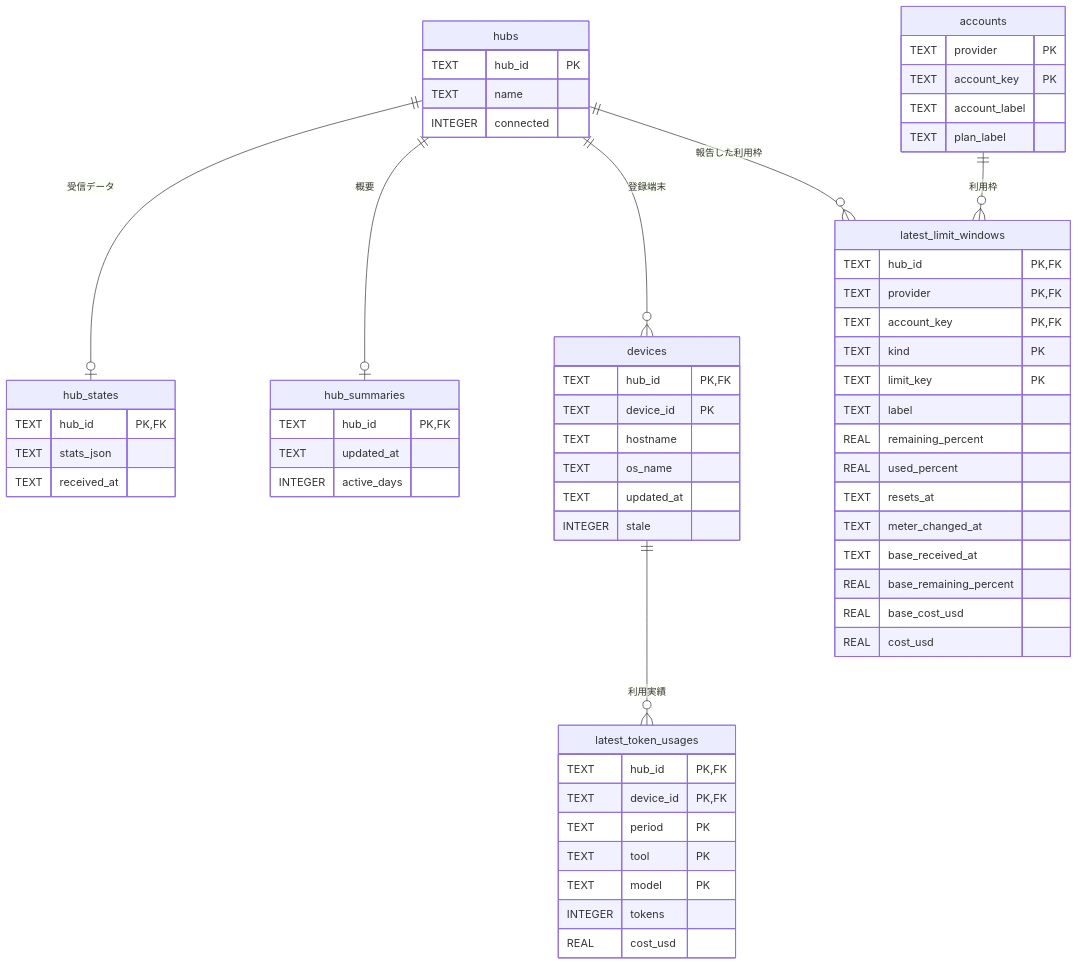
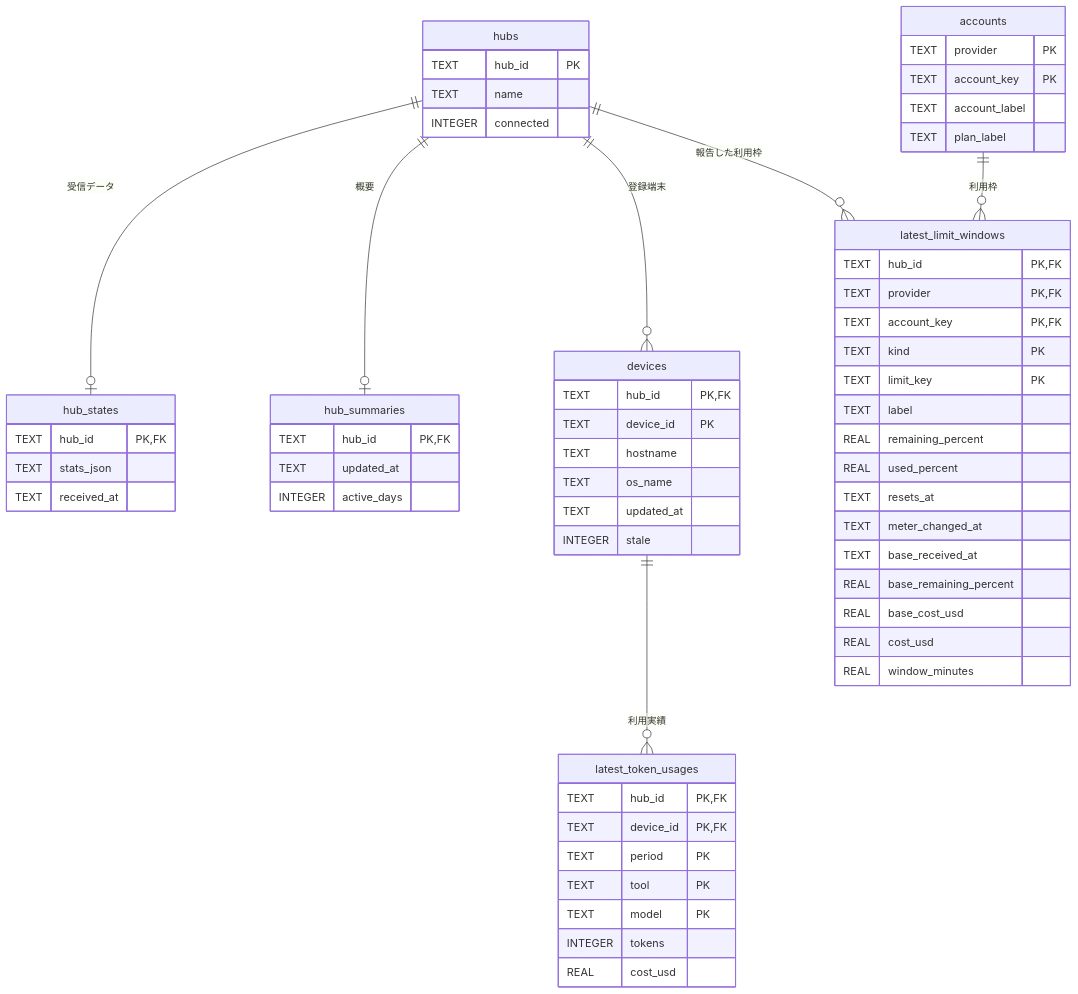
Before and after one commit to nuitsjp/multi-token-monitor: the diagram in docs/design/data.md, drawn with Mermaid. The commit also changed other lines of this file and 23 other files, not shown here.

````diff
--- a/docs/design/data.md
+++ b/docs/design/data.md
@@ -7,63 +7,64 @@
 ```mermaid
 erDiagram
   hubs ||--o| hub_states : "受信データ"
   hubs ||--o| hub_summaries : "概要"
   hubs ||--o{ devices : "登録端末"
   devices ||--o{ latest_token_usages : "利用実績"
   hubs ||--o{ latest_limit_windows : "報告した利用枠"
   accounts ||--o{ latest_limit_windows : "利用枠"
   hubs {
     TEXT hub_id PK
     TEXT name
     INTEGER connected
   }
   hub_states {
     TEXT hub_id PK,FK
     TEXT stats_json
     TEXT received_at
   }
   hub_summaries {
     TEXT hub_id PK,FK
     TEXT updated_at
     INTEGER active_days
   }
   devices {
     TEXT hub_id PK,FK
     TEXT device_id PK
     TEXT hostname
     TEXT os_name
     TEXT updated_at
     INTEGER stale
   }
   latest_token_usages {
     TEXT hub_id PK,FK
     TEXT device_id PK,FK
     TEXT period PK
     TEXT tool PK
     TEXT model PK
     INTEGER tokens
     REAL cost_usd
   }
   accounts {
     TEXT provider PK
     TEXT account_key PK
     TEXT account_label
     TEXT plan_label
   }
   latest_limit_windows {
     TEXT hub_id PK,FK
     TEXT provider PK,FK
     TEXT account_key PK,FK
     TEXT kind PK
     TEXT limit_key PK
     TEXT label
     REAL remaining_percent
     REAL used_percent
     TEXT resets_at
     TEXT meter_changed_at
     TEXT base_received_at
     REAL base_remaining_percent
     REAL base_cost_usd
     REAL cost_usd
+    REAL window_minutes
   }
 ```
````
